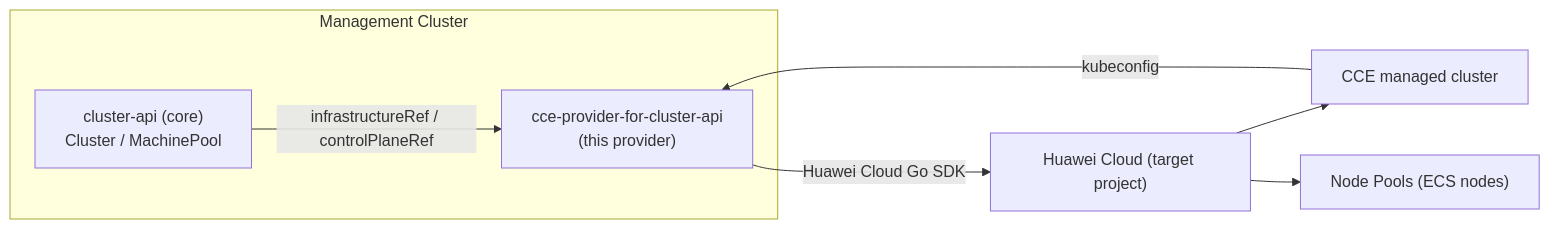
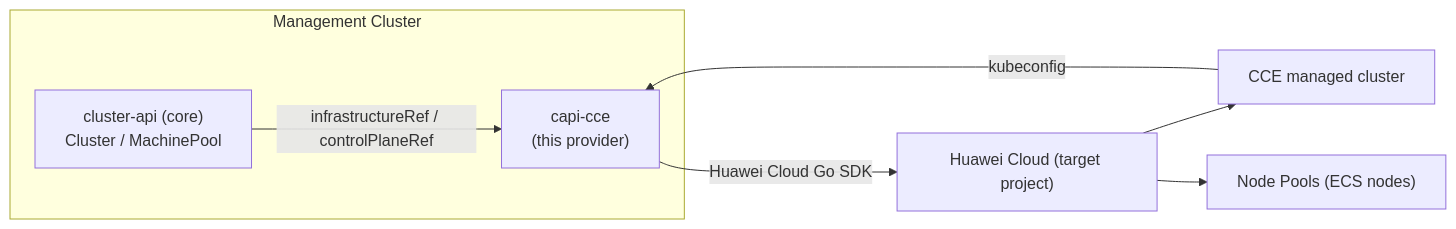
One commit to weimantian/cloudnative-cluster-api-provider-cce changed the diagram in README.md. Above: the diagram before and after it, drawn with Mermaid. The commit also changed other lines of this file and 30 other files, not shown here.

````diff
--- a/README.md
+++ b/README.md
@@ -118,12 +118,12 @@
 ```mermaid
 flowchart LR
     subgraph MGMT["Management Cluster"]
         CAPI["cluster-api (core)<br/>Cluster / MachinePool"]
-        P["cce-provider-for-cluster-api<br/>(this provider)"]
+        P["capi-cce<br/>(this provider)"]
         CAPI -->|infrastructureRef / controlPlaneRef| P
     end
     P -->|Huawei Cloud Go SDK| HW["Huawei Cloud (target project)"]
     HW --> CCE["CCE managed cluster"]
     HW --> NP["Node Pools (ECS nodes)"]
     CCE -->|kubeconfig| P
 ```
````
